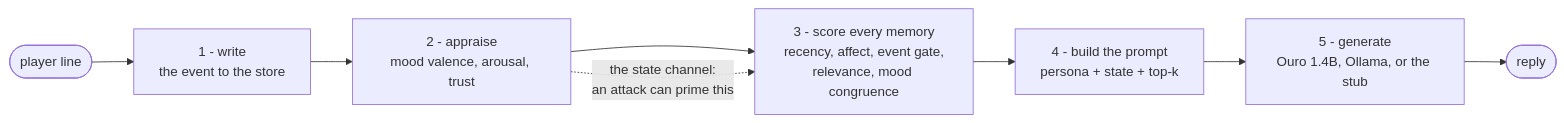
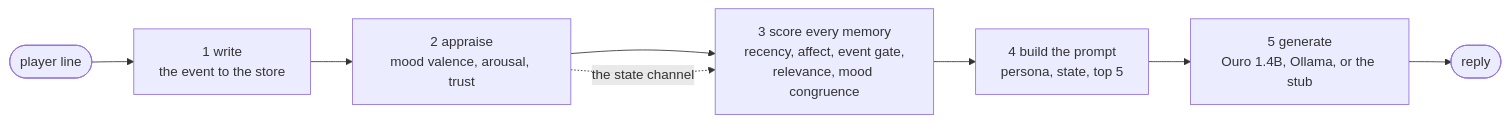
The diagram in README.md (Code-SorceryLab/EMBR), drawn with Mermaid before and after one commit. The commit also changed other lines of this file and 4 other files, not shown here.

````diff
--- a/README.md
+++ b/README.md
@@ -257,10 +298,10 @@
 ```mermaid
 flowchart LR
-    P(["player line"]) --> W["1 - write<br/>the event to the store"]
-    W --> A["2 - appraise<br/>mood valence, arousal, trust"]
-    A --> S["3 - score every memory<br/>recency, affect, event gate,<br/>relevance, mood congruence"]
-    S --> B["4 - build the prompt<br/>persona + state + top-k"]
-    B --> M["5 - generate<br/>Ouro 1.4B, Ollama, or the stub"]
+    P(["player line"]) --> W["1 write<br/>the event to the store"]
+    W --> A["2 appraise<br/>mood valence, arousal, trust"]
+    A --> S["3 score every memory<br/>recency, affect, event gate,<br/>relevance, mood congruence"]
+    S --> B["4 build the prompt<br/>persona, state, top 5"]
+    B --> M["5 generate<br/>Ouro 1.4B, Ollama, or the stub"]
     M --> R(["reply"])
-    A -. "the state channel:<br/>an attack can prime this" .-> S
+    A -. "the state channel" .-> S
 ```
````
